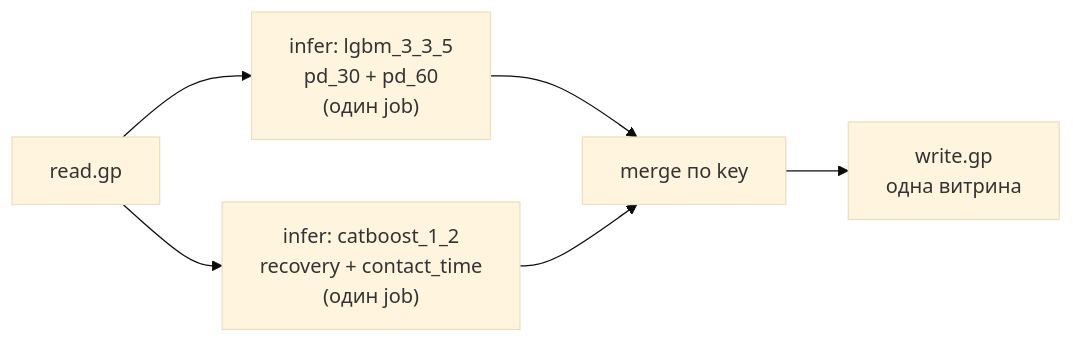
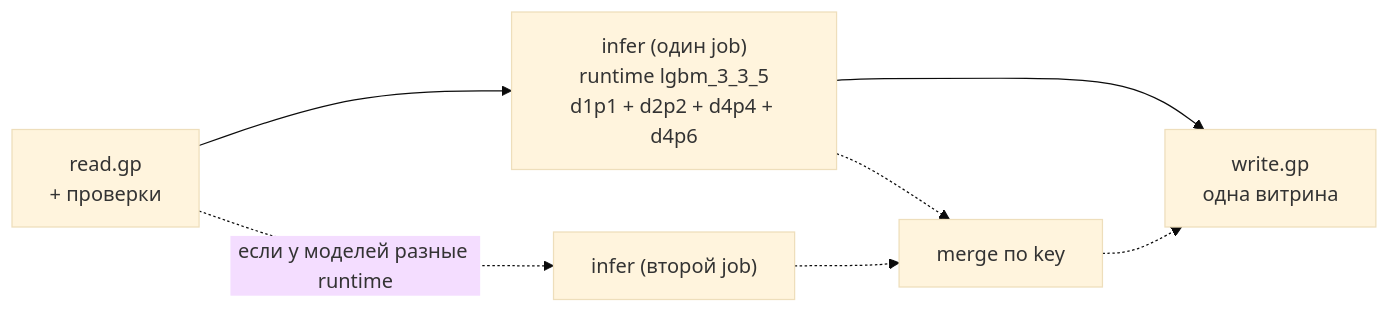
The third of 6 diagrams in docs/ARCHITECTURE.md (Radmayr/scoring-kit), drawn with Mermaid (base theme) before and after one commit. The commit also changed other lines of this file and 2 other files, not shown here.

````diff
--- a/docs/ARCHITECTURE.md
+++ b/docs/ARCHITECTURE.md
@@ -258,8 +285,9 @@
 ```mermaid
 flowchart LR
-    R["read.gp"] --> G1["infer: lgbm_3_3_5<br/>pd_30 + pd_60<br/>(один job)"]
-    R --> G2["infer: catboost_1_2<br/>recovery + contact_time<br/>(один job)"]
-    G1 --> M["merge по key"]
-    G2 --> M
-    M --> W["write.gp<br/>одна витрина"]
+    R["read.gp<br/>+ проверки"] --> G1["infer (один job)<br/>runtime lgbm_3_3_5<br/>d1p1 + d2p2 + d4p4 + d4p6"]
+    G1 --> W["write.gp<br/>одна витрина"]
+    R -.->|если у моделей разные runtime| G2["infer (второй job)"]
+    G2 -.-> M["merge по key"]
+    G1 -.-> M
+    M -.-> W
 ```
````
